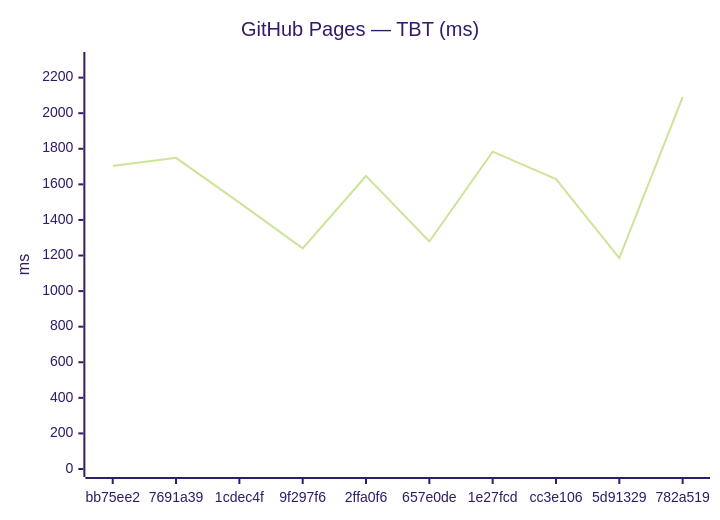
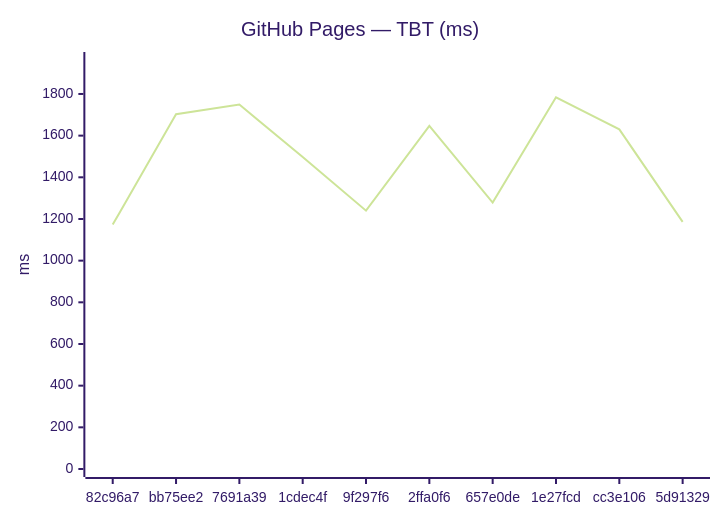
The fourth of 18 diagrams in benchmarks/compare.md (Metaheurist/Rianell), drawn with Mermaid (forest theme) before and after one commit. The commit also changed other lines of this file and 11 other files, not shown here.

````diff
--- a/benchmarks/compare.md
+++ b/benchmarks/compare.md
@@ -61,7 +61,7 @@
 ```mermaid
 xychart-beta
     title "GitHub Pages — TBT (ms)"
-    x-axis ["bb75ee2", "7691a39", "1cdec4f", "9f297f6", "2ffa0f6", "657e0de", "1e27fcd", "cc3e106", "5d91329", "782a519"]
-    y-axis "ms" 0 --> 2299
-    line [1703, 1749, 1497, 1240, 1647, 1279, 1784, 1630, 1186, 2090]
+    x-axis ["82c96a7", "bb75ee2", "7691a39", "1cdec4f", "9f297f6", "2ffa0f6", "657e0de", "1e27fcd", "cc3e106", "5d91329"]
+    y-axis "ms" 0 --> 1963
+    line [1173, 1703, 1749, 1497, 1240, 1647, 1279, 1784, 1630, 1186]
 ```
````
